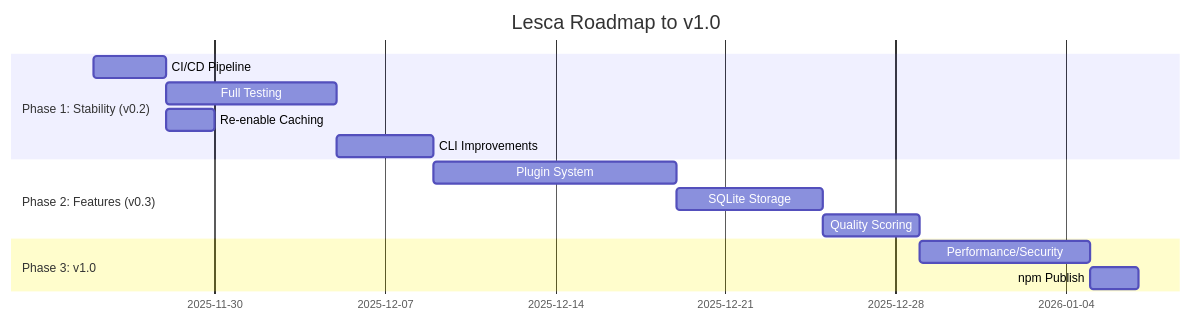
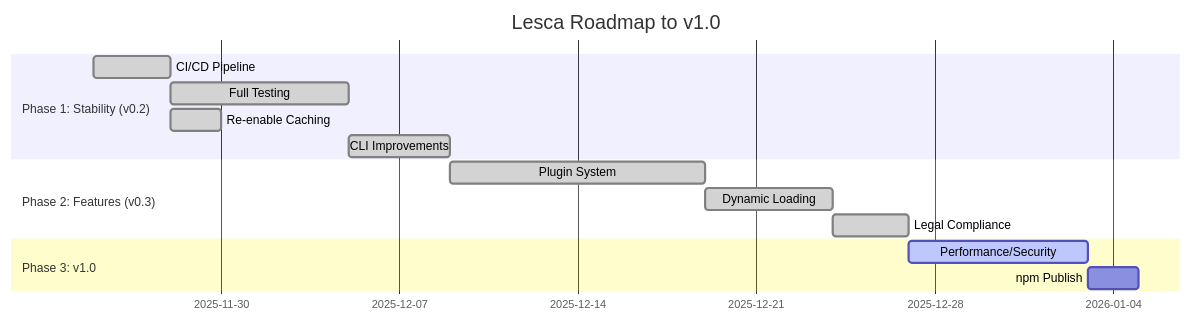
Before and after one commit to ostin-pil/lesca: the second of 2 diagrams in docs/architecture/ANALYSIS.md, drawn with Mermaid. The commit also changed other lines of this file and 8 other files, not shown here.

First line of the commit message:
fix(types): resolve unsafe any assignments in plugin system

````diff
--- a/docs/architecture/ANALYSIS.md
+++ b/docs/architecture/ANALYSIS.md
@@ -50,17 +48,17 @@
 ```mermaid
 gantt
     title Lesca Roadmap to v1.0
     dateFormat YYYY-MM-DD
     section Phase 1: Stability (v0.2)
-    CI/CD Pipeline :ci, 2025-11-25, 3d
-    Full Testing :test, after ci, 7d
-    Re-enable Caching :cache, after ci, 2d
-    CLI Improvements :cli, after test, 4d
+    CI/CD Pipeline :done, ci, 2025-11-25, 3d
+    Full Testing :done, test, after ci, 7d
+    Re-enable Caching :done, cache, after ci, 2d
+    CLI Improvements :done, cli, after test, 4d
     section Phase 2: Features (v0.3)
-    Plugin System :plugin, after cli, 10d
-    SQLite Storage :db, after plugin, 6d
-    Quality Scoring :score, after db, 4d
+    Plugin System :done, plugin, after cli, 10d
+    Dynamic Loading :done, load, after plugin, 5d
+    Legal Compliance :done, legal, after load, 3d
     section Phase 3: v1.0
-    Performance/Security :perf, after score, 7d
+    Performance/Security :active, perf, after legal, 7d
     npm Publish :publish, after perf, 2d
 ```
````
